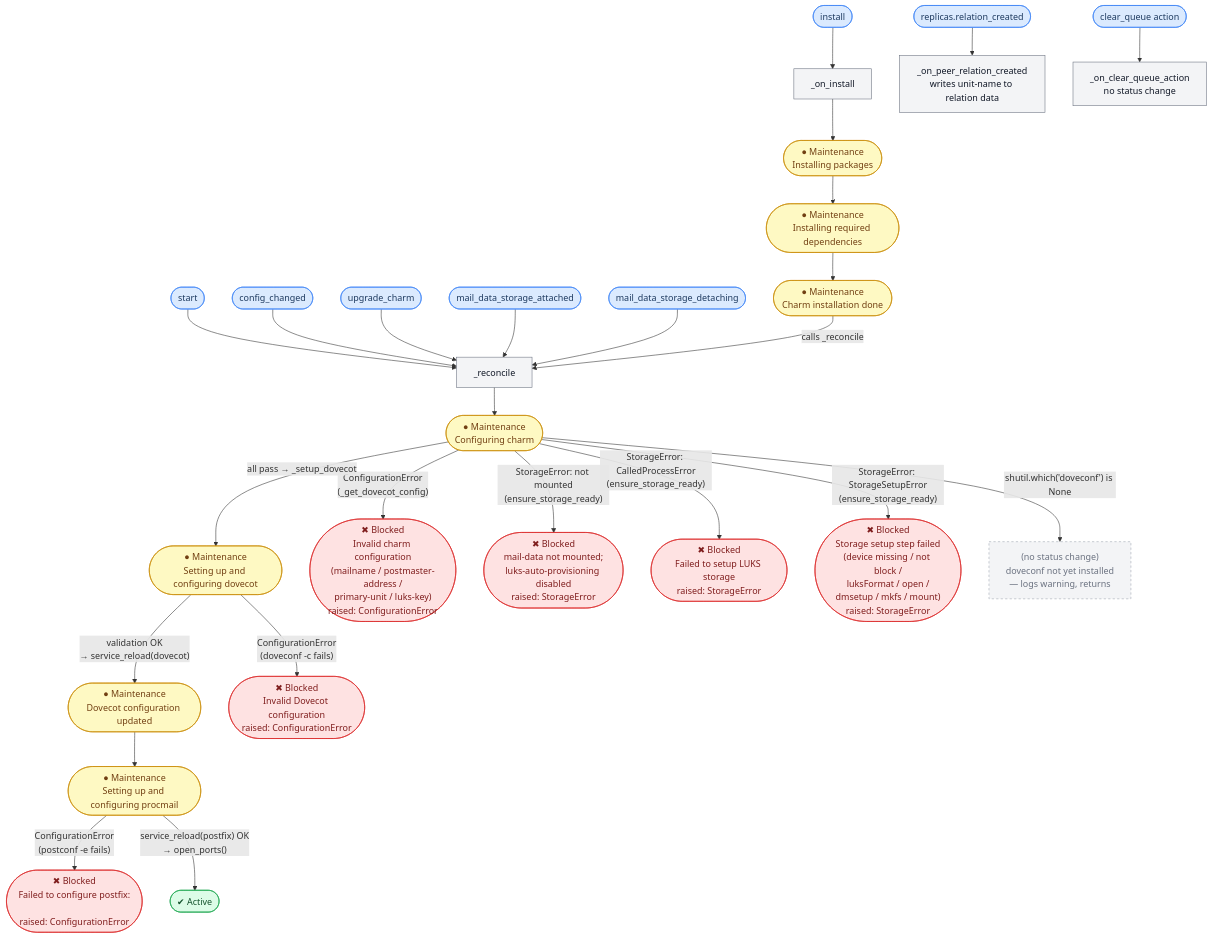
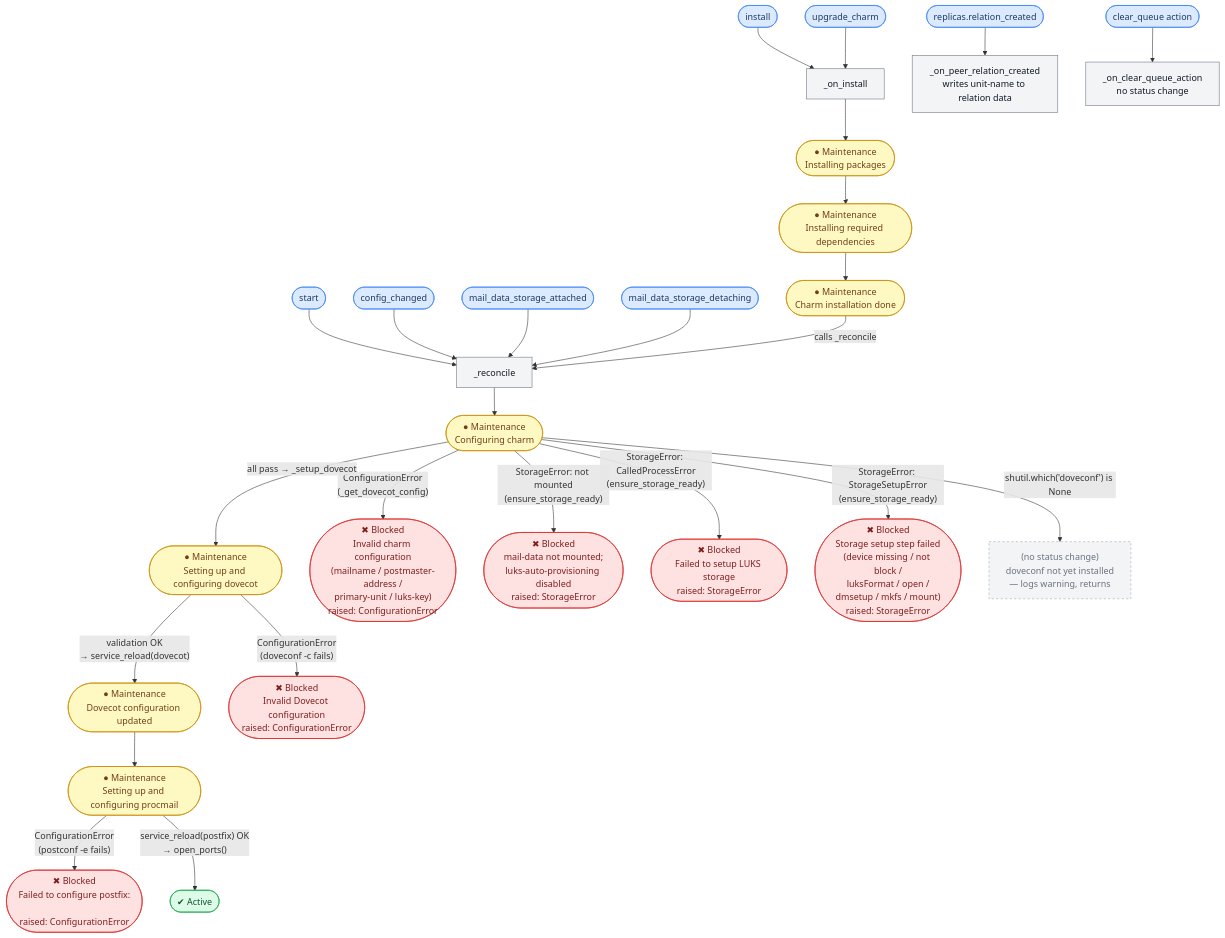
The first of 2 diagrams in docs/explanation/dovecot-charm-state-diagrams.rst (canonical/mailserver-operators), drawn with Mermaid before and after one commit. The commit also changed other lines of this file and 2 other files, not shown here.

Commit message:
Address review comments: fix state diagram, catch secret error, pass config to storage, add text=True to subprocess

```diff
--- a/docs/explanation/dovecot-charm-state-diagrams.rst
+++ b/docs/explanation/dovecot-charm-state-diagrams.rst
@@ -64,7 +64,7 @@
        EV_INSTALL      --> H_INSTALL
        EV_START        --> H_RECONCILE
        EV_CONFIG       --> H_RECONCILE
-       EV_UPGRADE      --> H_RECONCILE
+       EV_UPGRADE      --> H_INSTALL
        EV_STOR_ATT     --> H_RECONCILE
        EV_STOR_DET     --> H_RECONCILE
        EV_PEER         --> H_PEER
```
